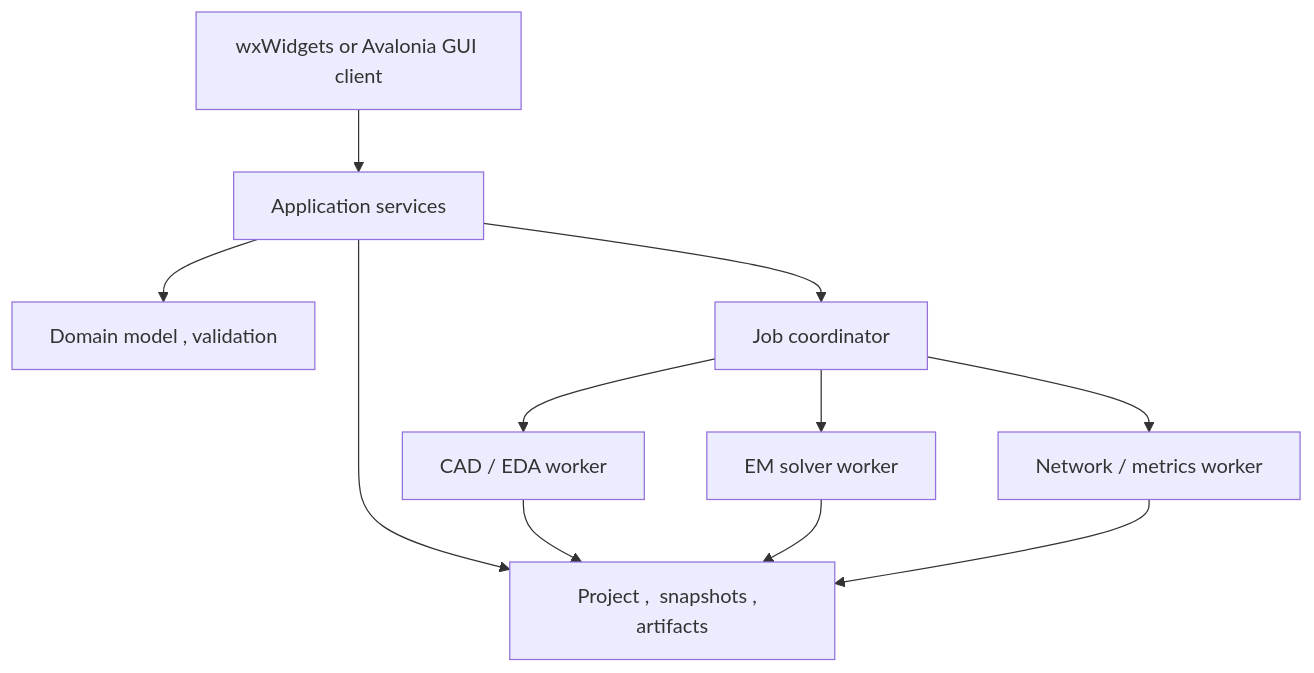
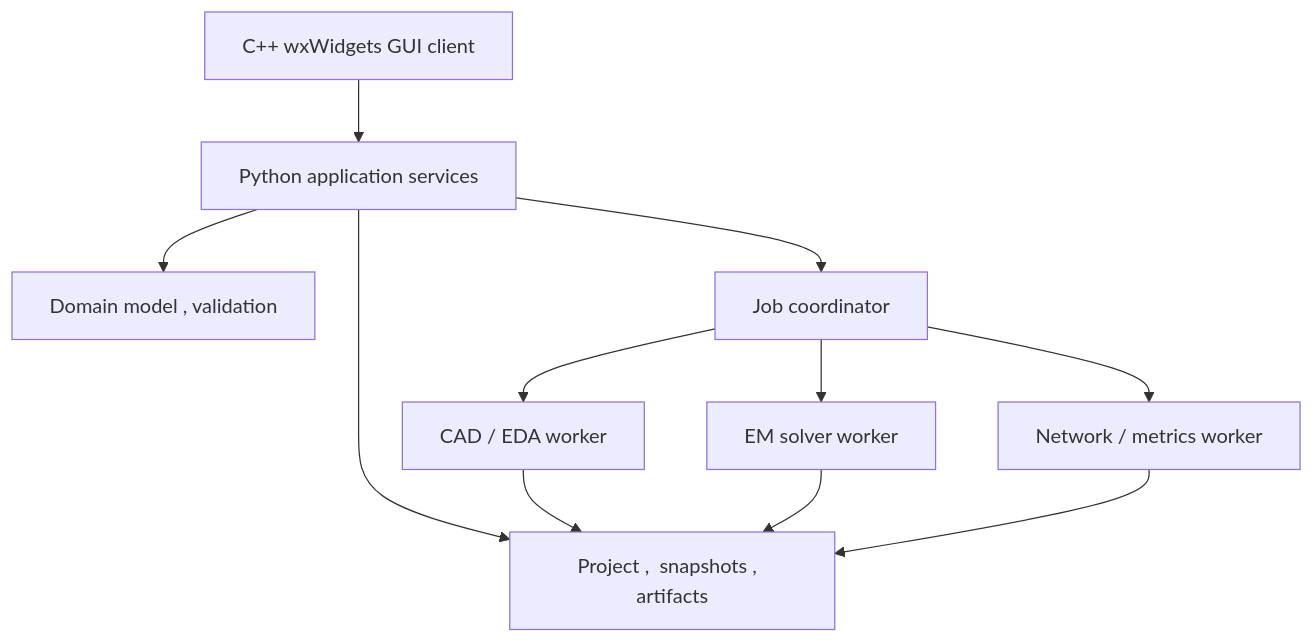
The diagram in 01_Docs/07_RFAD_소프트웨어_아키텍처.md (EIDOSDATA/TraceWave-Studio), drawn with Mermaid before and after one commit. The commit also changed other lines of this file and 28 other files, not shown here.

````diff
--- a/01_Docs/07_RFAD_소프트웨어_아키텍처.md
+++ b/01_Docs/07_RFAD_소프트웨어_아키텍처.md
@@ -9,13 +9,13 @@
 ```mermaid
 flowchart TD
-    UI["wxWidgets or Avalonia GUI client"] --> APP["Application services"]
+    UI["C++ wxWidgets GUI client"] --> APP["Python application services"]
     APP --> DOM["Domain model ,  validation"]
     APP --> JOB["Job coordinator"]
     APP --> STORE["Project ,  snapshots ,  artifacts"]
     JOB --> CAD["CAD / EDA worker"]
     JOB --> EM["EM solver worker"]
     JOB --> POST["Network / metrics worker"]
     CAD --> STORE
     EM --> STORE
     POST --> STORE
 ```
````
